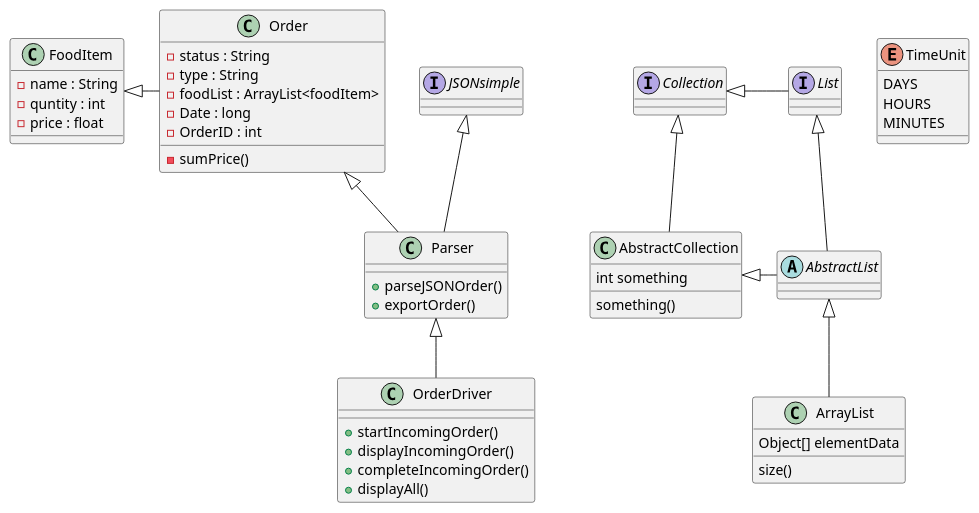
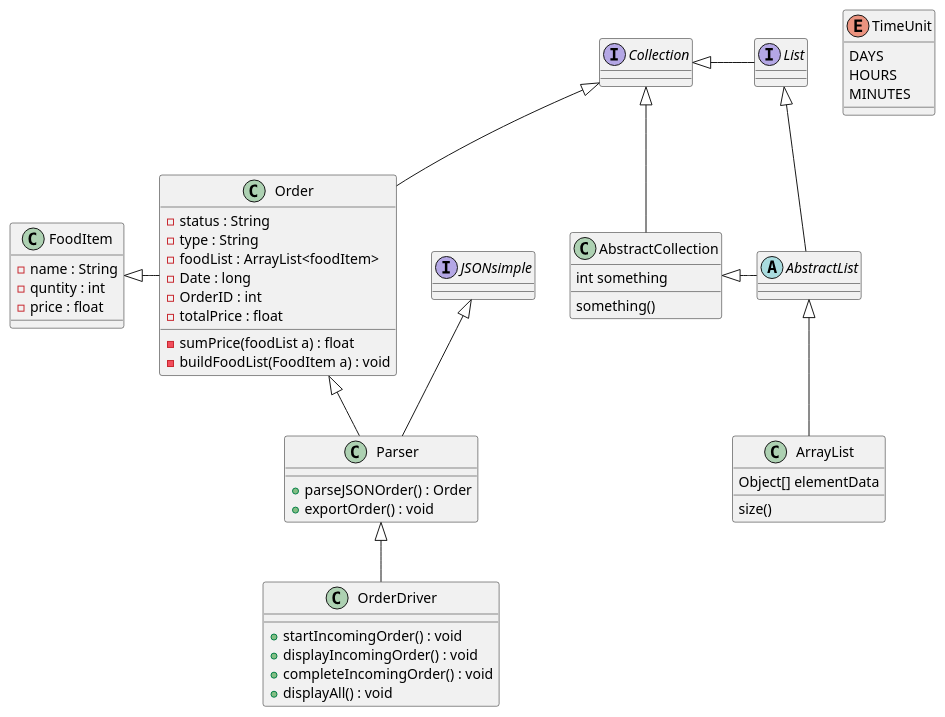
One commit to aidanmahl/372GroupProject changed the diagram in ClassUMLDiagram.puml. Above: the diagram before and after it, drawn with PlantUML.

```diff
--- a/ClassUMLDiagram.puml
+++ b/ClassUMLDiagram.puml
@@ -1,72 +1,75 @@
 @startuml
 'https://plantuml.com/class-diagram
 
 abstract class AbstractList
 abstract AbstractCollection
 class Parser
 class FoodItem
 class Order
 class OrderDriver
 interface List
 interface Collection
 interface JSONsimple
 
 
 JSONsimple <|-- Parser
+Collection <|-- Order
 Order <|-- Parser
 FoodItem <|- Order
 Parser <|-- OrderDriver
 
 List <|-- AbstractList
 Collection <|-- AbstractCollection
 
 Collection <|- List
 AbstractCollection <|- AbstractList
 AbstractList <|-- ArrayList
 
 class ArrayList {
 Object[] elementData
 size()
 }
 
 enum TimeUnit {
 DAYS
 HOURS
 MINUTES
 }
 
 class AbstractCollection {
 int something
 something()
 }
 
 class FoodItem {
 - name : String
 - quntity : int
 - price : float
 }
 
 class Order {
 - status : String
 - type : String
 - foodList : ArrayList<foodItem>
 - Date : long
 - OrderID : int
-- sumPrice()
+- totalPrice : float
+- sumPrice(foodList a) : float
+- buildFoodList(FoodItem a) : void
 }
 
 class Parser {
-+ parseJSONOrder()
-+ exportOrder()
++ parseJSONOrder() : Order
++ exportOrder() : void
 }
 
 class OrderDriver {
 
-+ startIncomingOrder()
-+ displayIncomingOrder()
-+ completeIncomingOrder()
-+ displayAll()
++ startIncomingOrder() : void
++ displayIncomingOrder() : void
++ completeIncomingOrder() : void
++ displayAll() : void
 }
 
 
 @enduml
```
